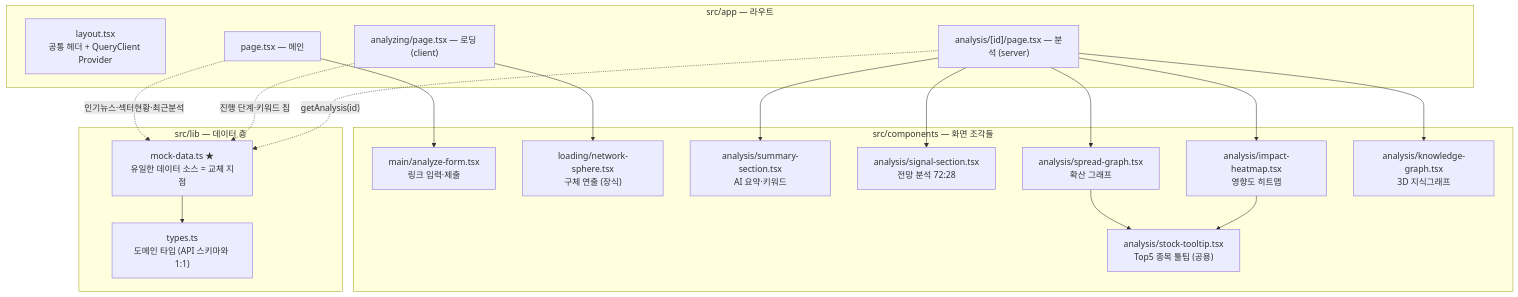
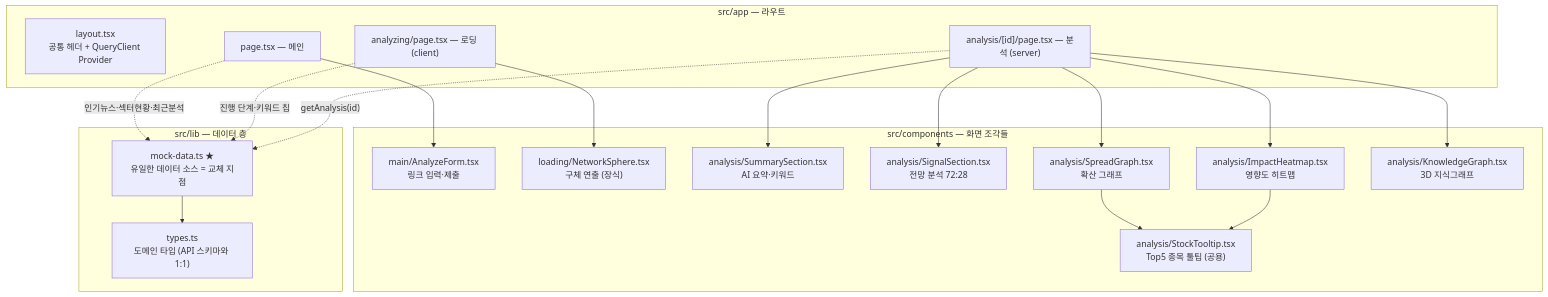
The second of 3 diagrams in apps/web/FE_ONBOARD_GUIDE.md (siuuhaeju-com/suhyeju-com), drawn with Mermaid before and after one commit. The commit also changed other lines of this file and 17 other files, not shown here.

````diff
--- a/apps/web/FE_ONBOARD_GUIDE.md
+++ b/apps/web/FE_ONBOARD_GUIDE.md
@@ -58,35 +58,35 @@
 ```mermaid
 flowchart TB
   subgraph routes["src/app — 라우트"]
     layout["layout.tsx<br/>공통 헤더 + QueryClient Provider"]
     main["page.tsx — 메인"]
     analyzing["analyzing/page.tsx — 로딩 (client)"]
     analysis["analysis/[id]/page.tsx — 분석 (server)"]
   end
 
   subgraph comps["src/components — 화면 조각들"]
-    form["main/analyze-form.tsx<br/>링크 입력·제출"]
-    sphere["loading/network-sphere.tsx<br/>구체 연출 (장식)"]
-    summary["analysis/summary-section.tsx<br/>AI 요약·키워드"]
-    signal["analysis/signal-section.tsx<br/>전망 분석 72:28"]
-    spread["analysis/spread-graph.tsx<br/>확산 그래프"]
-    heatmap["analysis/impact-heatmap.tsx<br/>영향도 히트맵"]
-    kg["analysis/knowledge-graph.tsx<br/>3D 지식그래프"]
-    tooltip["analysis/stock-tooltip.tsx<br/>Top5 종목 툴팁 (공용)"]
+    form["main/AnalyzeForm.tsx<br/>링크 입력·제출"]
+    sphere["loading/NetworkSphere.tsx<br/>구체 연출 (장식)"]
+    summary["analysis/SummarySection.tsx<br/>AI 요약·키워드"]
+    signal["analysis/SignalSection.tsx<br/>전망 분석 72:28"]
+    spread["analysis/SpreadGraph.tsx<br/>확산 그래프"]
+    heatmap["analysis/ImpactHeatmap.tsx<br/>영향도 히트맵"]
+    kg["analysis/KnowledgeGraph.tsx<br/>3D 지식그래프"]
+    tooltip["analysis/StockTooltip.tsx<br/>Top5 종목 툴팁 (공용)"]
   end
 
   subgraph lib["src/lib — 데이터 층"]
     types["types.ts<br/>도메인 타입 (API 스키마와 1:1)"]
     mock["mock-data.ts ★<br/>유일한 데이터 소스 = 교체 지점"]
   end
 
   main --> form
   analyzing --> sphere
   analysis --> summary & signal & spread & heatmap & kg
   spread & heatmap --> tooltip
 
   main -. 인기뉴스·섹터현황·최근분석 .-> mock
   analyzing -. 진행 단계·키워드 칩 .-> mock
   analysis -. "getAnalysis(id)" .-> mock
   mock --> types
 ```
````
